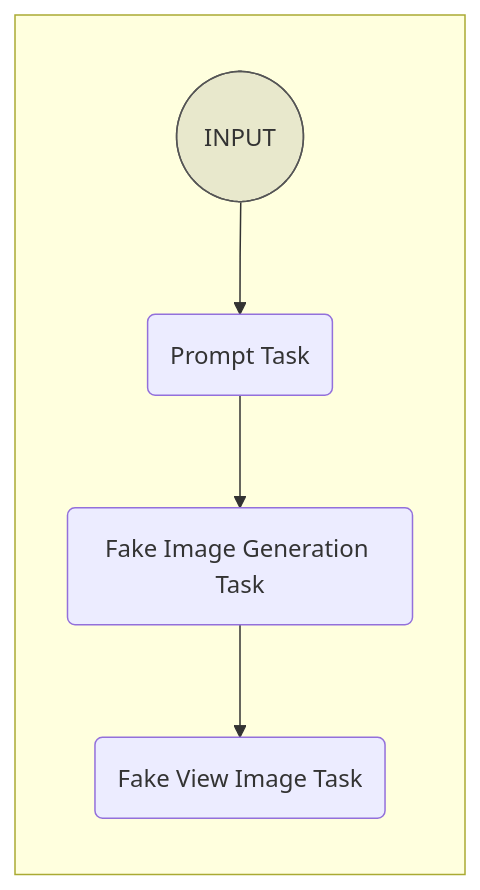
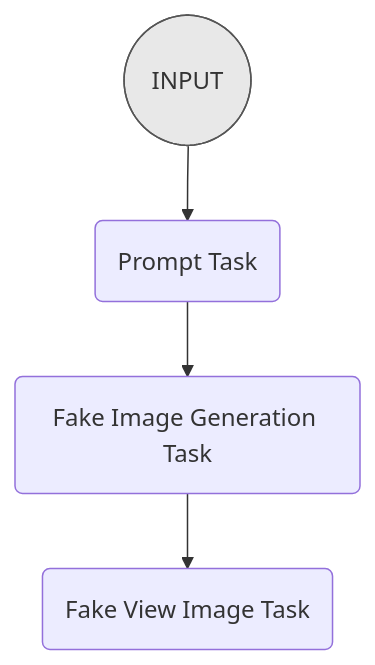
One commit to griptape-ai/griptape-trade-school changed the first of 4 diagrams in docs/courses/create-image-pipeline/03_first_pipeline.md. Above: the diagram before and after it, drawn with Mermaid. The commit also changed other lines of this file and 3 other files, not shown here.

````diff
--- a/docs/courses/create-image-pipeline/03_first_pipeline.md
+++ b/docs/courses/create-image-pipeline/03_first_pipeline.md
@@ -19,18 +19,16 @@
 ``` mermaid
 graph TB
-    subgraph " "
-        direction TB
-        AA(["\n INPUT \n\n"]):::output
-        B("Prompt Task")
-        C("Fake Image Generation Task")
-        I("Fake View Image Task")
-        AA --> B --> C --> I
-    end
+    direction TB
+    AA(["\n INPUT \n\n"]):::output
+    B("Prompt Task")
+    C("Fake Image Generation Task")
+    I("Fake View Image Task")
+    AA --> B --> C --> I
 
     classDef main fill:#4274ff1a, stroke:#426eff
     classDef dash stroke-dasharray: 5 5
     classDef tool stroke:#f06090
     classDef tool-dash stroke:#f06090,stroke-dasharray: 5 5
     classDef output fill:#5552,stroke:#555
 
 ```
````
